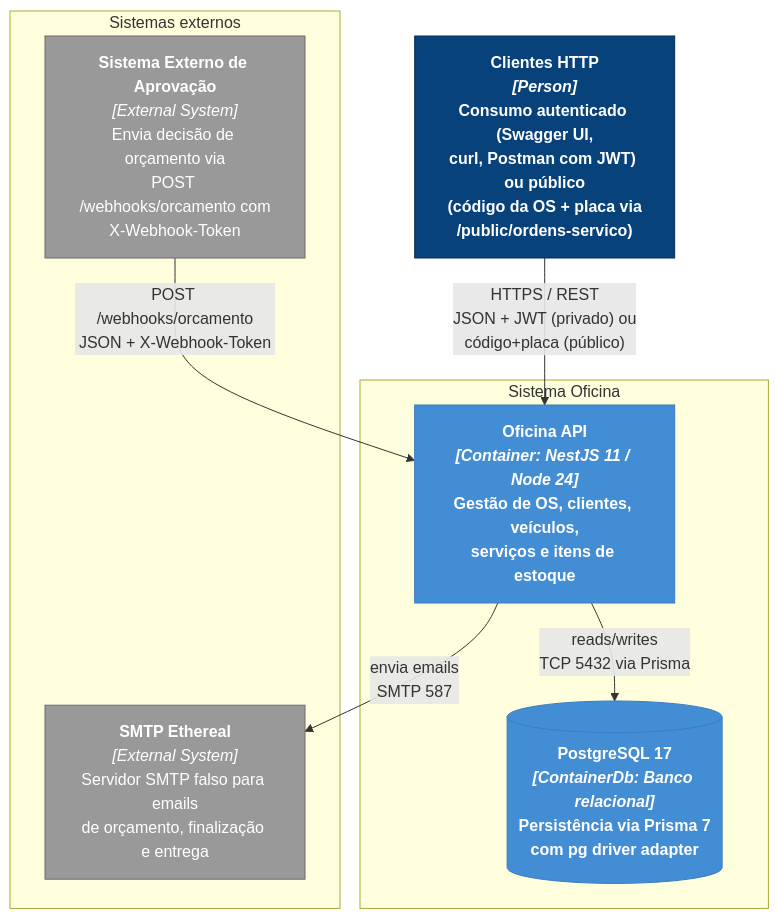
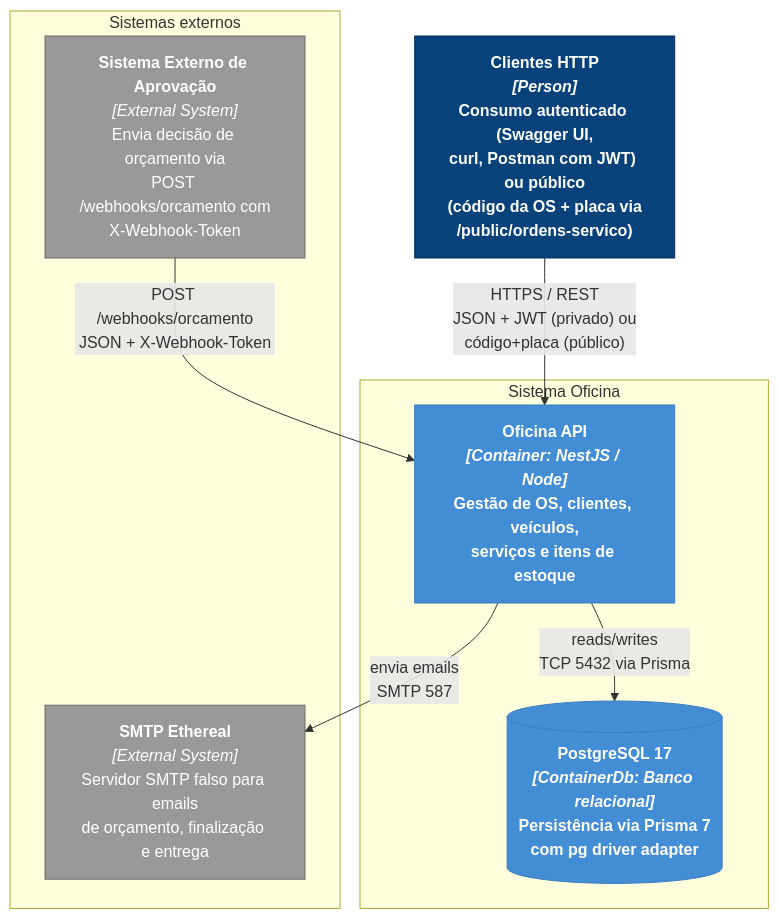
Before and after one commit to LucasValada/tech-challenge-fiap: the first of 4 diagrams in README.md, drawn with Mermaid. The commit also changed other lines of this file, not shown here.

First line of the commit message:
docs(readme): corrige sobreposição no subgraph ci.yml e generaliza versão do container

````diff
--- a/README.md
+++ b/README.md
@@ -80,29 +80,29 @@
 ```mermaid
 graph TB
     classDef person fill:#08427B,stroke:#052E56,color:#fff,font-weight:bold
     classDef external fill:#999999,stroke:#6B6B6B,color:#fff
     classDef container fill:#438DD5,stroke:#3B7BC0,color:#fff,font-weight:bold
     classDef database fill:#438DD5,stroke:#3B7BC0,color:#fff,font-weight:bold
 
     Clientes["<b>Clientes HTTP</b><br/><i>[Person]</i><br/>Consumo autenticado (Swagger UI,<br/>curl, Postman com JWT) ou público<br/>(código da OS + placa via<br/>/public/ordens-servico)"]
 
     subgraph Oficina["Sistema Oficina"]
-        API["<b>Oficina API</b><br/><i>[Container: NestJS 11 / Node 24]</i><br/>Gestão de OS, clientes, veículos,<br/>serviços e itens de estoque"]
+        API["<b>Oficina API</b><br/><i>[Container: NestJS / Node]</i><br/>Gestão de OS, clientes, veículos,<br/>serviços e itens de estoque"]
         DB[("<b>PostgreSQL 17</b><br/><i>[ContainerDb: Banco relacional]</i><br/>Persistência via Prisma 7<br/>com pg driver adapter")]
     end
 
     subgraph Externos["Sistemas externos"]
         Webhook["<b>Sistema Externo de Aprovação</b><br/><i>[External System]</i><br/>Envia decisão de orçamento via<br/>POST /webhooks/orcamento com<br/>X-Webhook-Token"]
         SMTP["<b>SMTP Ethereal</b><br/><i>[External System]</i><br/>Servidor SMTP falso para emails<br/>de orçamento, finalização e entrega"]
     end
 
     Clientes -->|"HTTPS / REST<br/>JSON + JWT (privado) ou<br/>código+placa (público)"| API
     Webhook -->|"POST /webhooks/orcamento<br/>JSON + X-Webhook-Token"| API
     API -->|"reads/writes<br/>TCP 5432 via Prisma"| DB
     API -->|"envia emails<br/>SMTP 587"| SMTP
 
     class Clientes person
     class Webhook,SMTP external
     class API container
     class DB database
 ```
````
